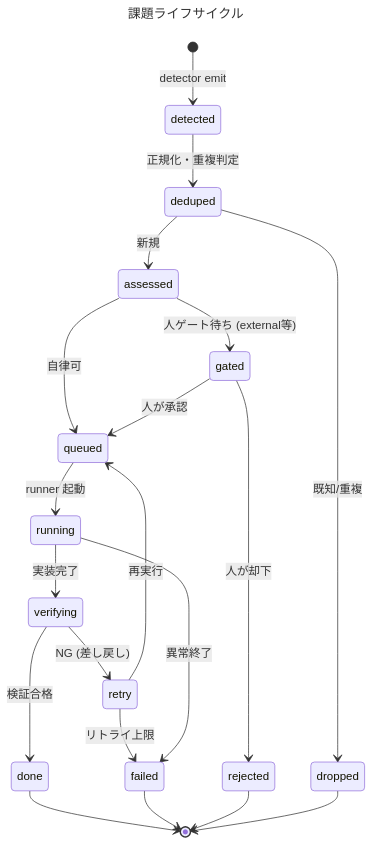
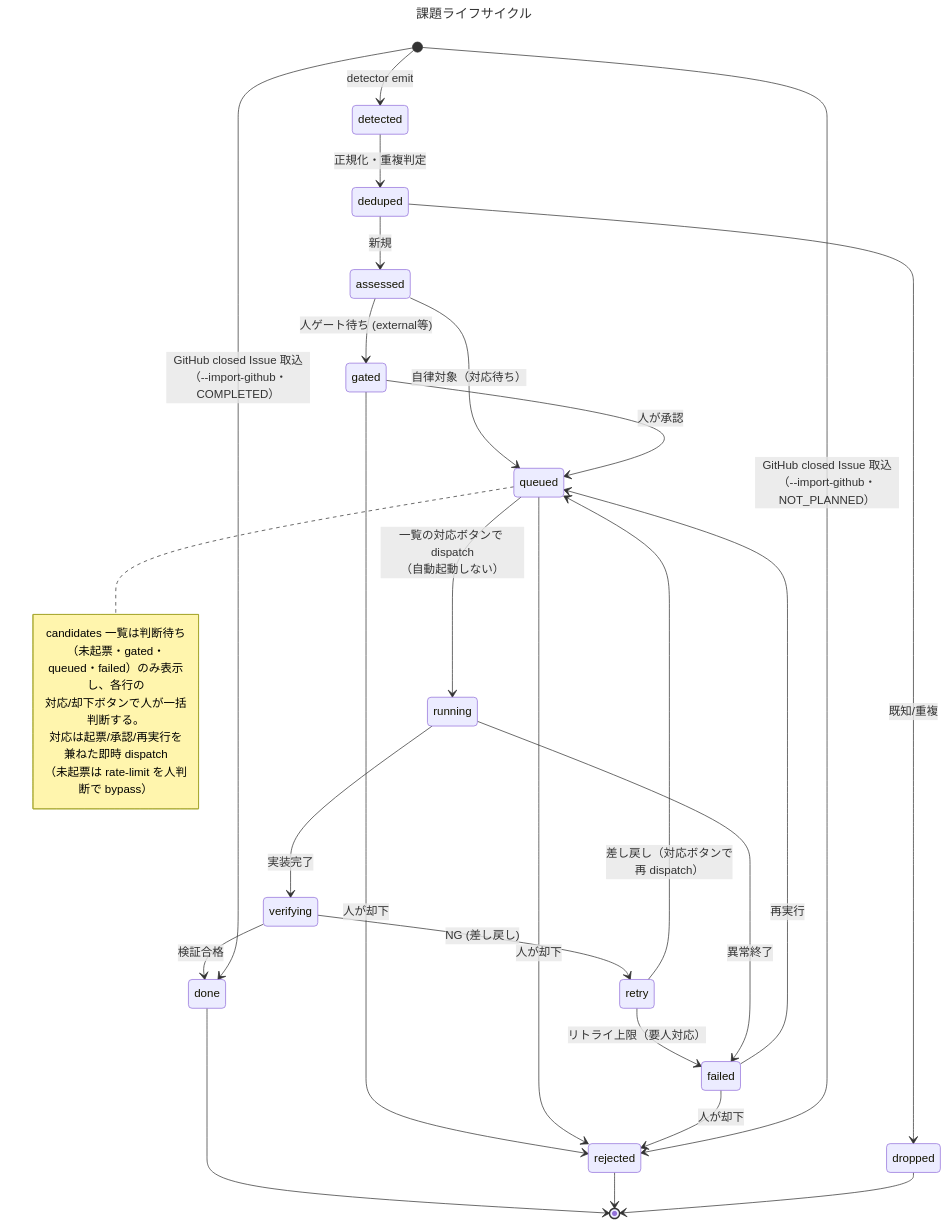
The diagram in diagrams/issue-lifecycle.mmd (yamamoto-ryuzo/kasugai_agent), drawn with Mermaid before and after one commit. The commit also changed 64 other files, not shown here.

```diff
--- a/diagrams/issue-lifecycle.mmd
+++ b/diagrams/issue-lifecycle.mmd
@@ -1,23 +1,34 @@
 ---
 title: 課題ライフサイクル
 ---
 stateDiagram-v2
     [*] --> detected : detector emit
     detected --> deduped : 正規化・重複判定
     deduped --> dropped : 既知/重複
     deduped --> assessed : 新規
     assessed --> gated : 人ゲート待ち (external等)
-    assessed --> queued : 自律可
+    assessed --> queued : 自律対象（対応待ち）
     gated --> queued : 人が承認
     gated --> rejected : 人が却下
-    queued --> running : runner 起動
+    queued --> running : 一覧の対応ボタンで dispatch<br/>（自動起動しない）
+    queued --> rejected : 人が却下
     running --> verifying : 実装完了
     verifying --> done : 検証合格
     verifying --> retry : NG (差し戻し)
-    retry --> queued : 再実行
-    retry --> failed : リトライ上限
+    retry --> queued : 差し戻し（対応ボタンで<br/>再 dispatch）
+    retry --> failed : リトライ上限（要人対応）
     running --> failed : 異常終了
+    failed --> queued : 再実行
+    failed --> rejected : 人が却下
+    note right of queued
+        candidates 一覧は判断待ち（未起票・gated・
+        queued・failed）のみ表示し、各行の
+        対応/却下ボタンで人が一括判断する。
+        対応は起票/承認/再実行を兼ねた即時 dispatch
+        （未起票は rate-limit を人判断で bypass）
+    end note
     done --> [*]
-    failed --> [*]
     rejected --> [*]
     dropped --> [*]
+    [*] --> done : GitHub closed Issue 取込<br/>（--import-github・COMPLETED）
+    [*] --> rejected : GitHub closed Issue 取込<br/>（--import-github・NOT_PLANNED）
```
